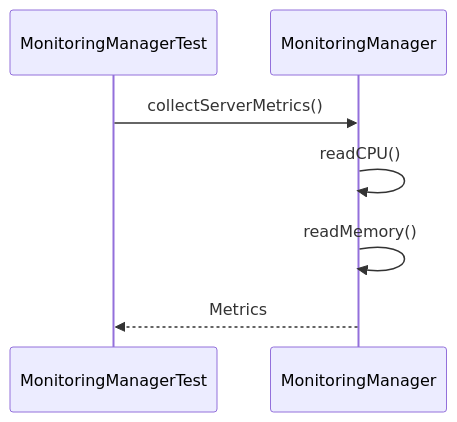
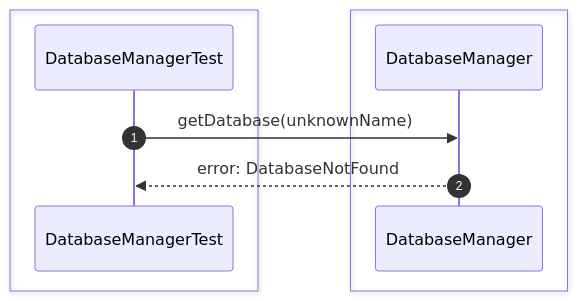
One commit to Huy1801214/dbms-architecture changed diagram 19 of 52 in src/sequence/db-server.md. Above: the diagram before and after it, drawn with Mermaid. The commit also changed other lines of this file and 10 other files, not shown here.

Commit message:
add comprehensive sequence diagrams and documentation for system architecture and unit testing specifications

````diff
--- a/src/sequence/db-server.md
+++ b/src/sequence/db-server.md
@@ -162,11 +338,14 @@
 ```mermaid
 sequenceDiagram
-    participant Test as MonitoringManagerTest
-    participant Monitor as MonitoringManager
+    autonumber
 
-    Test->>Monitor: collectServerMetrics()
-    Monitor->>Monitor: readCPU()
-    Monitor->>Monitor: readMemory()
+    box #e1f5fe Test Suite
+    participant Test as DatabaseManagerTest
+    end
+    box #e3f2fd Server Managers
+    participant Manager as DatabaseManager
+    end
 
-    Monitor-->>Test: Metrics
+    Test->>Manager: getDatabase(unknownName)
+    Manager-->>Test: error: DatabaseNotFound
 ```
````
